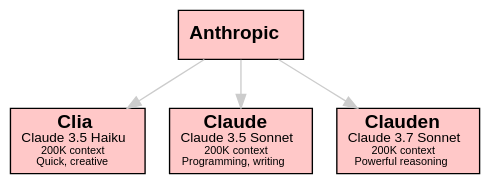
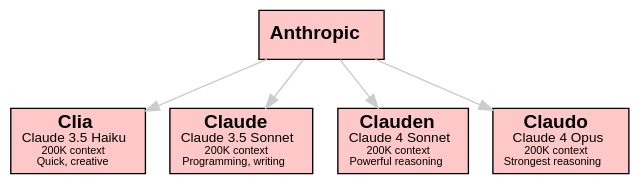
One commit to sswam/allemande changed the sixth of 12 diagrams in doc/guide.md. Above: the diagram before and after it, drawn with Graphviz. The commit also changed other lines of this file and 5 other files, not shown here.

Commit message:
feat(llm): add Claude 4 Opus, update Clauden & Gemini model details - Rename internal model key claude-new to claude-sonnet - build(doc): Copy room assets to ../rooms, refine agent dir find

````diff
--- a/doc/guide.md
+++ b/doc/guide.md
@@ -376,16 +376,18 @@
 ```dot
 digraph Anthropic {
     graph [bgcolor=transparent]
     edge [color="#CCCCCC"]
     node [shape=box, style=filled, fillcolor="#FFC8C8", fontname="Helvetica"]
 
     "Anthropic" [label=<<b>Anthropic</b>>]
     "Clia" [label=<<b>Clia</b><br/><font point-size="10">Claude 3.5 Haiku</font><br/><font point-size="8">200K context</font><br/><font point-size="8">Quick, creative</font>>]
     "Claude" [label=<<b>Claude</b><br/><font point-size="10">Claude 3.5 Sonnet</font><br/><font point-size="8">200K context</font><br/><font point-size="8">Programming, writing</font>>]
-    "Clauden" [label=<<b>Clauden</b><br/><font point-size="10">Claude 3.7 Sonnet</font><br/><font point-size="8">200K context</font><br/><font point-size="8">Powerful reasoning</font>>]
+    "Clauden" [label=<<b>Clauden</b><br/><font point-size="10">Claude 4 Sonnet</font><br/><font point-size="8">200K context</font><br/><font point-size="8">Powerful reasoning</font>>]
+    "Claudo" [label=<<b>Claudo</b><br/><font point-size="10">Claude 4 Opus</font><br/><font point-size="8">200K context</font><br/><font point-size="8">Strongest reasoning</font>>]
 
     "Anthropic" -> "Clia"
     "Anthropic" -> "Claude"
     "Anthropic" -> "Clauden"
+    "Anthropic" -> "Claudo"
 }
 ```
````
